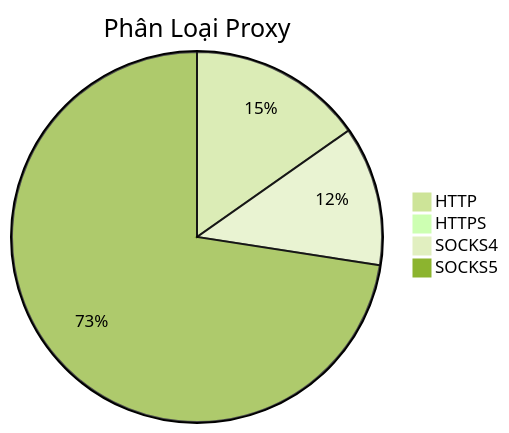
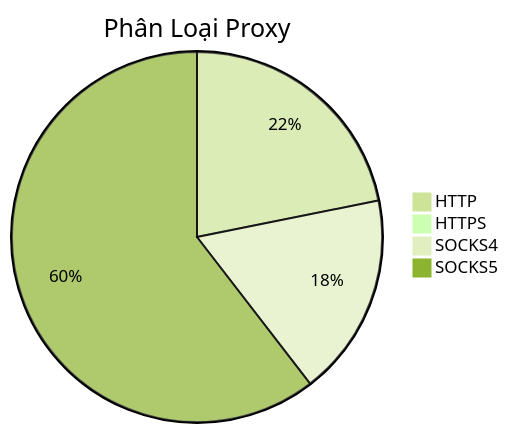
Before and after one commit to Ciara-Aa/PROXY-free: the diagram in README.md, drawn with Mermaid (forest theme). The commit also changed other lines of this file and 3 other files, not shown here.

````diff
--- a/README.md
+++ b/README.md
@@ -26,7 +26,7 @@
 ```mermaid
 pie title Phân Loại Proxy
-    "HTTP" : 314
+    "HTTP" : 375
     "HTTPS" : 1
-    "SOCKS4" : 251
-    "SOCKS5" : 1494
+    "SOCKS4" : 304
+    "SOCKS5" : 1038
 ```
````
